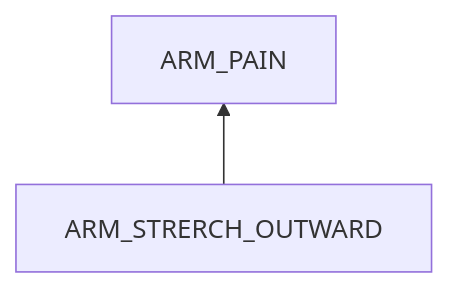
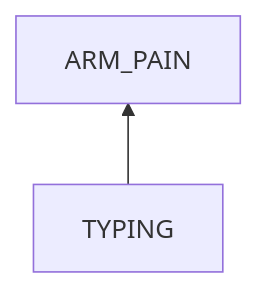
One commit to SuxinL/Notes changed the first of 2 diagrams in productivity/typing/comfort/arm_pain.md. Above: the diagram before and after it, drawn with Mermaid. The commit also changed other lines of this file, not shown here.

Commit message:
productivity/typing/comfort/arm_pain.md updated from https://stackedit.io/

````diff
--- a/productivity/typing/comfort/arm_pain.md
+++ b/productivity/typing/comfort/arm_pain.md
@@ -47,4 +47,4 @@
 ```mermaid
 flowchart BT
-	ARM_STRERCH_OUTWARD --> ARM_PAIN
+	TYPING --> ARM_PAIN
 ```
````
